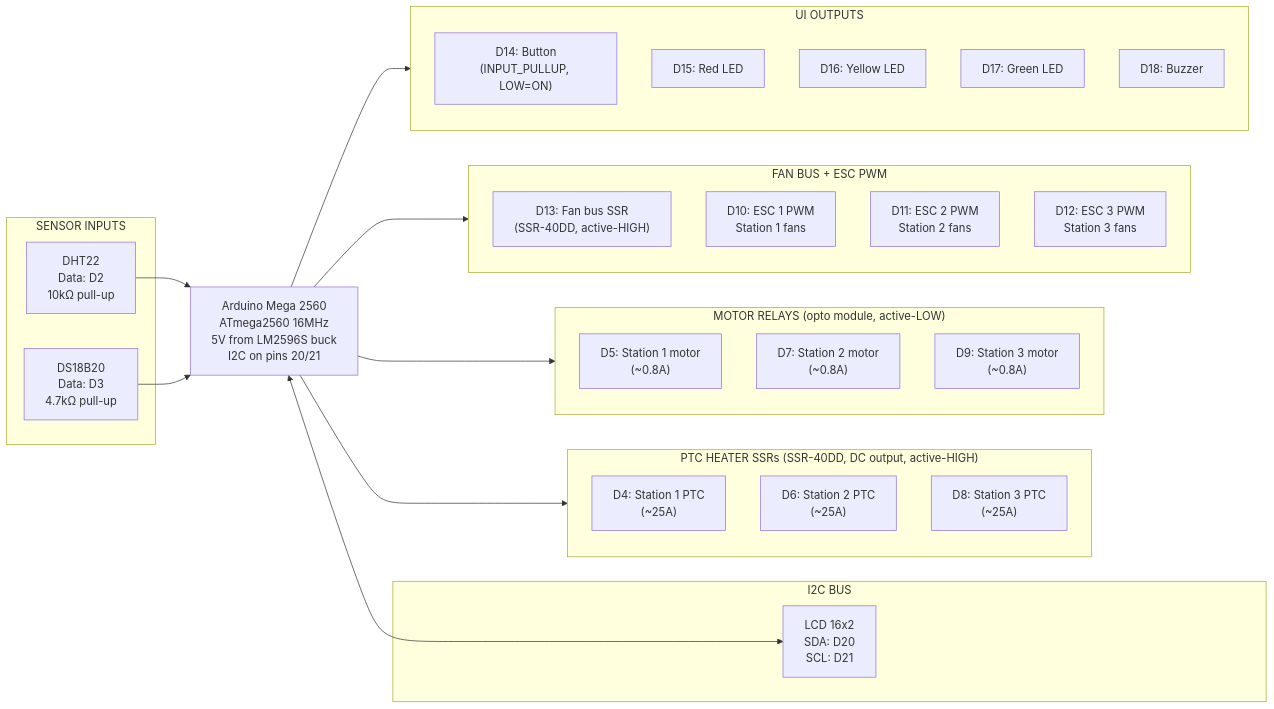
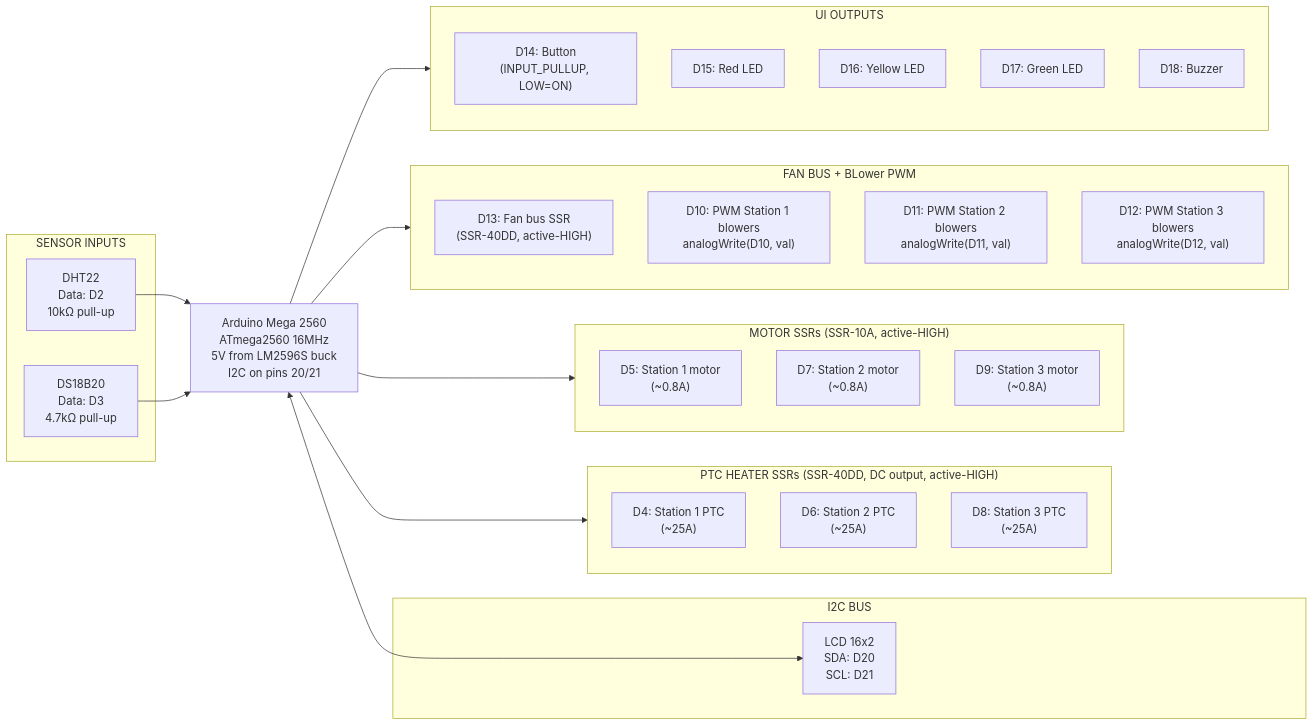
One commit to qppd/umbrella-dryer-v2 changed the fourth of 4 diagrams in docs/BLOCK-DIAGRAM.md. Above: the diagram before and after it, drawn with Mermaid. The commit also changed other lines of this file and 7 other files, not shown here.

````diff
--- a/docs/BLOCK-DIAGRAM.md
+++ b/docs/BLOCK-DIAGRAM.md
@@ -137,48 +133,48 @@
 ```mermaid
 flowchart LR
     subgraph IN["SENSOR INPUTS"]
         DHT["DHT22<br/>Data: D2<br/>10kΩ pull-up"]
         DS["DS18B20<br/>Data: D3<br/>4.7kΩ pull-up"]
     end
 
     MEGA["Arduino Mega 2560<br/>ATmega2560 16MHz<br/>5V from LM2596S buck<br/>I2C on pins 20/21"]
 
     subgraph I2C["I2C BUS"]
         LCD["LCD 16x2<br/>SDA: D20<br/>SCL: D21"]
     end
 
     subgraph PTC_OUT["PTC HEATER SSRs (SSR-40DD, DC output, active-HIGH)"]
         R1["D4: Station 1 PTC<br/>(~25A)"]
         R2["D6: Station 2 PTC<br/>(~25A)"]
         R3["D8: Station 3 PTC<br/>(~25A)"]
     end
 
-    subgraph MOT_OUT["MOTOR RELAYS (opto module, active-LOW)"]
+    subgraph MOT_OUT["MOTOR SSRs (SSR-10A, active-HIGH)"]
         M1["D5: Station 1 motor<br/>(~0.8A)"]
         M2["D7: Station 2 motor<br/>(~0.8A)"]
         M3["D9: Station 3 motor<br/>(~0.8A)"]
     end
 
-    subgraph FAN_OUT["FAN BUS + ESC PWM"]
+    subgraph FAN_OUT["FAN BUS + BLower PWM"]
         FB["D13: Fan bus SSR<br/>(SSR-40DD, active-HIGH)"]
-        E1["D10: ESC 1 PWM<br/>Station 1 fans"]
-        E2["D11: ESC 2 PWM<br/>Station 2 fans"]
-        E3["D12: ESC 3 PWM<br/>Station 3 fans"]
+        E1["D10: PWM Station 1 blowers<br/>analogWrite(D10, val)"]
+        E2["D11: PWM Station 2 blowers<br/>analogWrite(D11, val)"]
+        E3["D12: PWM Station 3 blowers<br/>analogWrite(D12, val)"]
     end
 
     subgraph UI_OUT["UI OUTPUTS"]
         BTN["D14: Button<br/>(INPUT_PULLUP, LOW=ON)"]
         LED_R["D15: Red LED"]
         LED_Y["D16: Yellow LED"]
         LED_G["D17: Green LED"]
         BUZ["D18: Buzzer"]
     end
 
     DHT --> MEGA
     DS --> MEGA
     MEGA <--> LCD
     MEGA --> PTC_OUT
     MEGA --> MOT_OUT
     MEGA --> FAN_OUT
     MEGA --> UI_OUT
 ```
````
